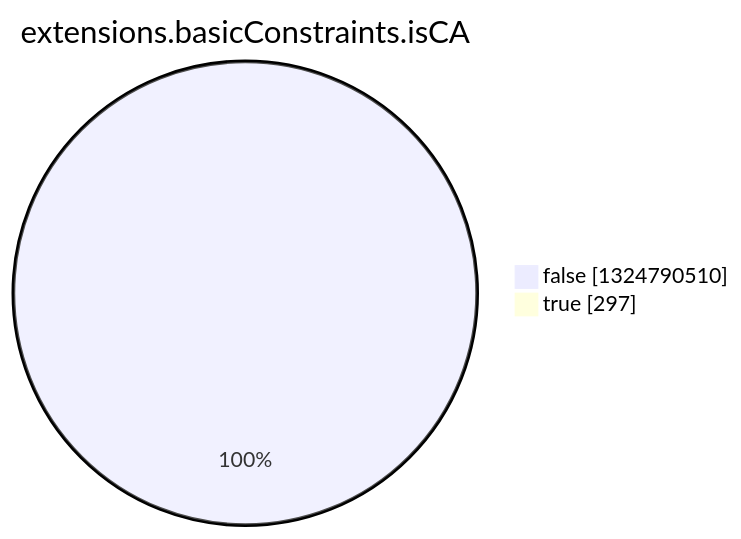
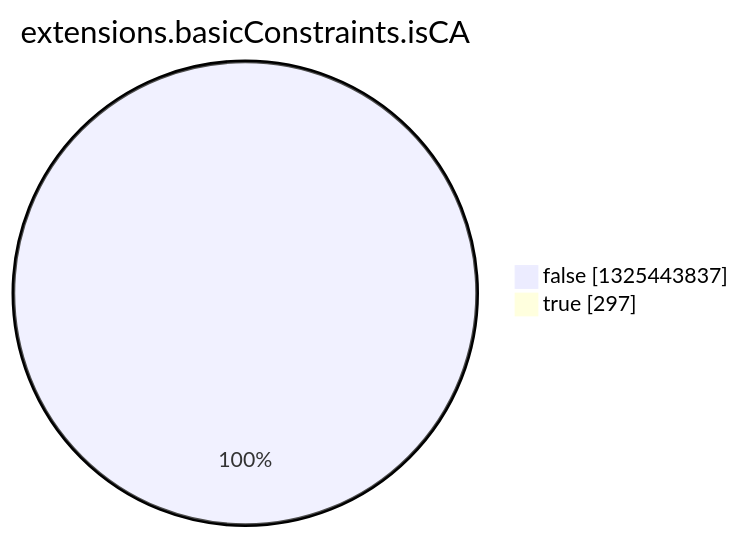
The eighth of 15 diagrams in argon2022/README.md (christiankrug/ctmonitor_visualization), drawn with Mermaid before and after one commit. The commit also changed other lines of this file, not shown here.

````diff
--- a/argon2022/README.md
+++ b/argon2022/README.md
@@ -2758,6 +2758,6 @@
 ```mermaid
 pie showData
 title extensions.basicConstraints.isCA
-"false" :1324790510
+"false" :1325443837
 "true" :297
 ```
````
